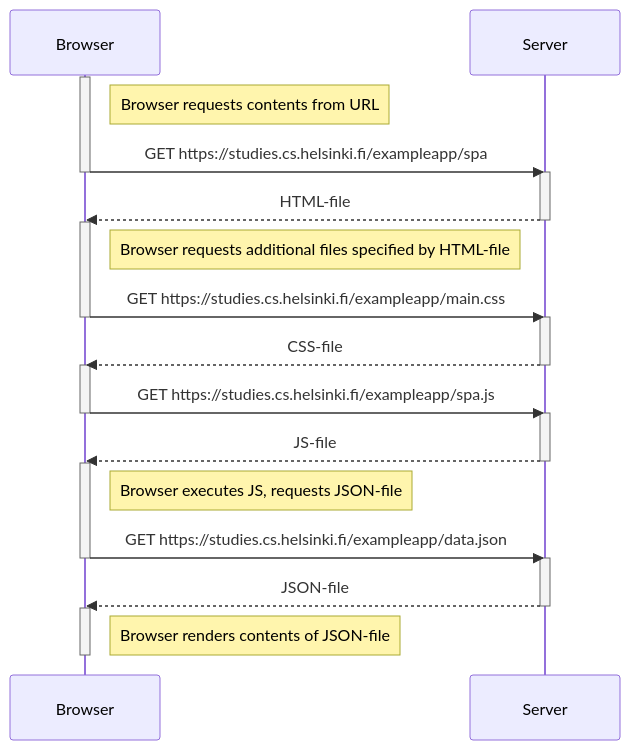
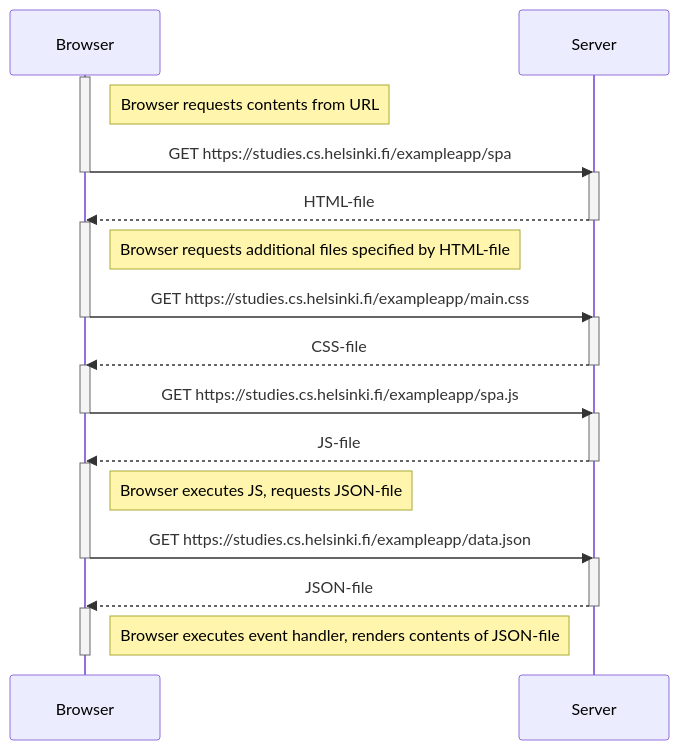
Before and after one commit to Kabskibs/fullstackopen: the diagram in osa0/0_5.md, drawn with Mermaid.

````diff
--- a/osa0/0_5.md
+++ b/osa0/0_5.md
@@ -1,35 +1,35 @@
 ```mermaid
 sequenceDiagram
     participant Browser
     participant Server
     activate Browser
     Note right of Browser: Browser requests contents from URL
     Browser->>Server: GET https://studies.cs.helsinki.fi/exampleapp/spa
     deactivate Browser
     activate Server
     Server-->>Browser: HTML-file
     deactivate Server
     activate Browser
     Note right of Browser: Browser requests additional files specified by HTML-file
     Browser->>Server: GET https://studies.cs.helsinki.fi/exampleapp/main.css
     deactivate Browser
     activate Server
     Server-->>Browser: CSS-file
     deactivate Server
     activate Browser
     Browser->>Server: GET https://studies.cs.helsinki.fi/exampleapp/spa.js
     deactivate Browser
     activate Server
     Server-->>Browser: JS-file
     deactivate Server
     activate Browser
     Note right of Browser: Browser executes JS, requests JSON-file
     Browser->>Server: GET https://studies.cs.helsinki.fi/exampleapp/data.json
     deactivate Browser
     activate Server
     Server-->>Browser: JSON-file
     deactivate Server
     activate Browser
-    Note right of Browser: Browser renders contents of JSON-file
+    Note right of Browser: Browser executes event handler, renders contents of JSON-file
     deactivate Browser
 ```
````
